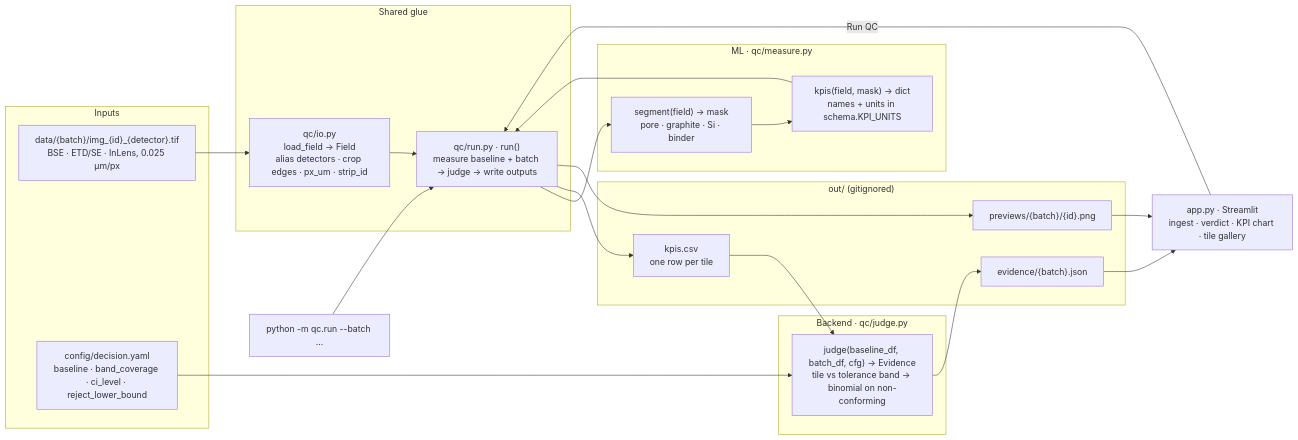
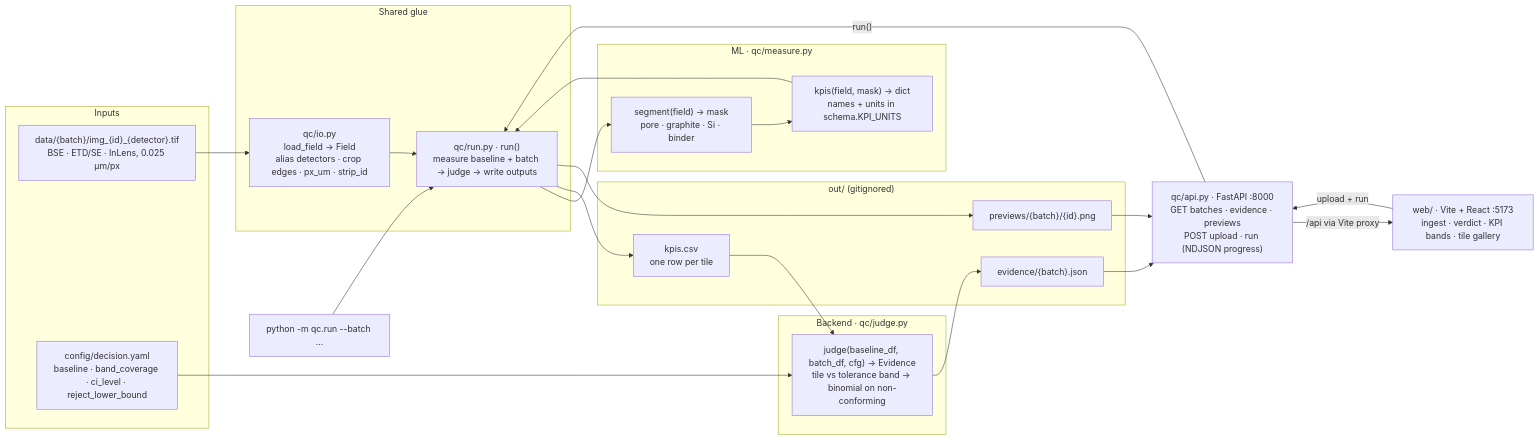
One commit to batch-size-2/catalyst changed the diagram in README.md. Above: the diagram before and after it, drawn with Mermaid. The commit also changed other lines of this file and 24 other files, not shown here.

First line of the commit message:
Replace Streamlit with FastAPI + Vite/React UI scaffold.

````diff
--- a/README.md
+++ b/README.md
@@ -31,41 +39,44 @@
 ```mermaid
 flowchart LR
   subgraph IN["Inputs"]
     D["data/{batch}/img_{id}_{detector}.tif<br/>BSE · ETD/SE · InLens, 0.025 µm/px"]
     CFG["config/decision.yaml<br/>baseline · band_coverage · ci_level · reject_lower_bound"]
   end
 
   subgraph GLUE["Shared glue"]
     IO["qc/io.py<br/>load_field → Field<br/>alias detectors · crop edges · px_um · strip_id"]
     RUN["qc/run.py · run()<br/>measure baseline + batch → judge → write outputs"]
   end
 
   subgraph ML["ML · qc/measure.py"]
     SEG["segment(field) → mask<br/>pore · graphite · Si · binder"]
     KPI["kpis(field, mask) → dict<br/>names + units in schema.KPI_UNITS"]
   end
 
   subgraph BE["Backend · qc/judge.py"]
     J["judge(baseline_df, batch_df, cfg) → Evidence<br/>tile vs tolerance band → binomial on non-conforming"]
   end
 
   subgraph OUT["out/ (gitignored)"]
     T["kpis.csv<br/>one row per tile"]
     E["evidence/{batch}.json"]
     P["previews/{batch}/{id}.png"]
   end
 
-  UI["app.py · Streamlit<br/>ingest · verdict · KPI chart · tile gallery"]
+  API["qc/api.py · FastAPI :8000<br/>GET batches · evidence · previews<br/>POST upload · run (NDJSON progress)"]
+  WEB["web/ · Vite + React :5173<br/>ingest · verdict · KPI bands · tile gallery"]
   CLI["python -m qc.run --batch ..."]
 
   D --> IO --> RUN
   RUN --> SEG --> KPI --> RUN
   RUN --> T --> J
   CFG --> J
   RUN --> P
   J --> E
-  E --> UI
-  P --> UI
-  UI -- "Run QC" --> RUN
+  E --> API
+  P --> API
+  API -- "/api via Vite proxy" --> WEB
+  WEB -- "upload + run" --> API
+  API -- "run()" --> RUN
   CLI --> RUN
 ```
````
